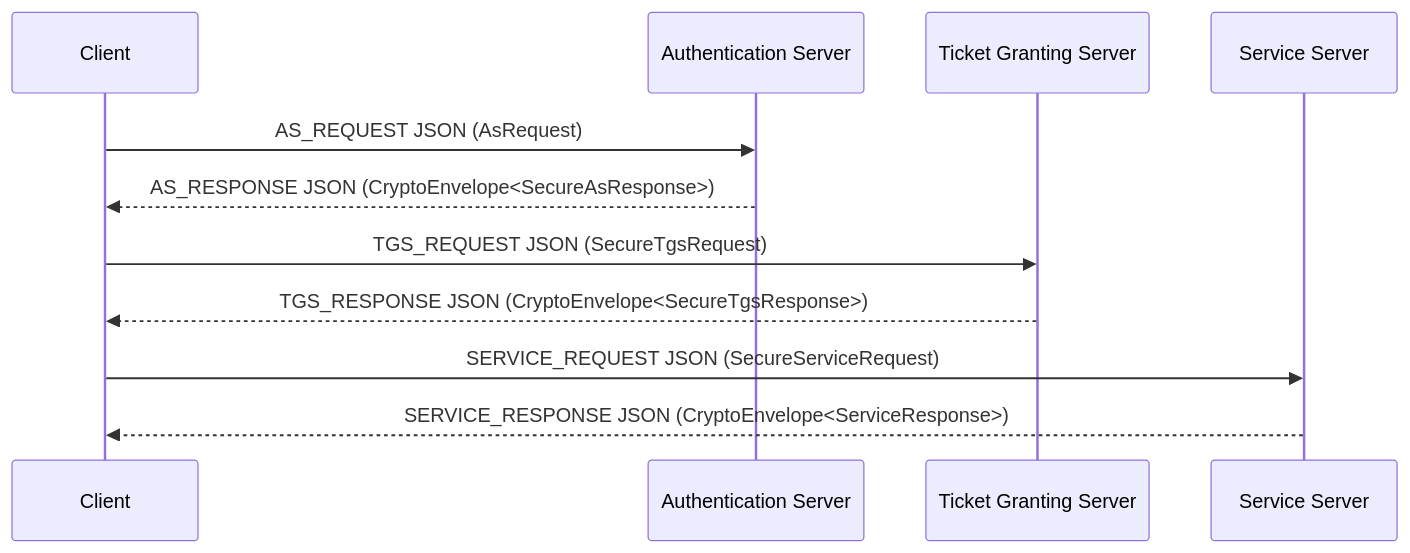
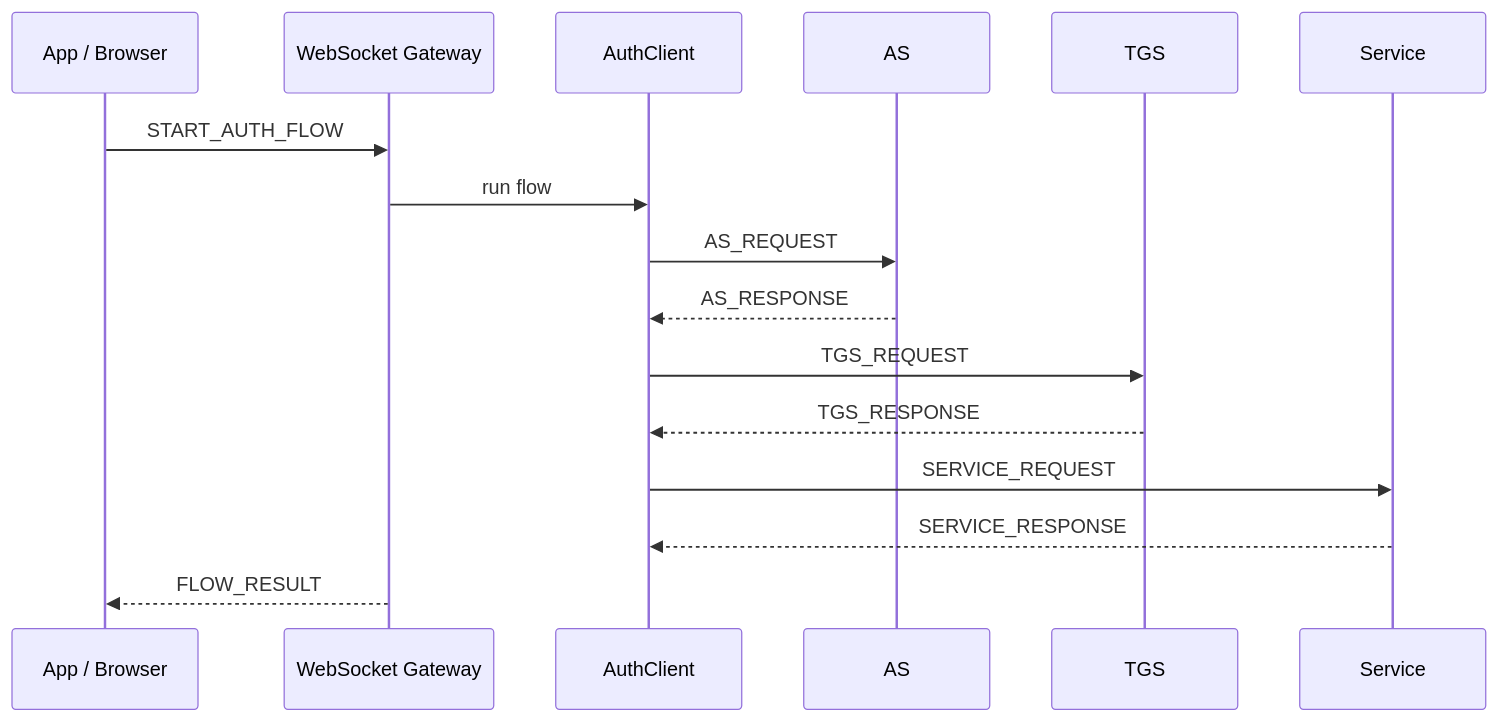
Before and after one commit to LiamSalazar/Kerberos: the diagram in PruebaKeberos/README.md, drawn with Mermaid. The commit also changed other lines of this file and 60 other files, not shown here.

````diff
--- a/PruebaKeberos/README.md
+++ b/PruebaKeberos/README.md
@@ -38,14 +41,19 @@
 ```mermaid
 sequenceDiagram
-    participant C as Client
-    participant AS as Authentication Server
-    participant TGS as Ticket Granting Server
-    participant S as Service Server
+    participant App as App / Browser
+    participant GW as WebSocket Gateway
+    participant C as AuthClient
+    participant AS as AS
+    participant TGS as TGS
+    participant S as Service
 
-    C->>AS: AS_REQUEST JSON (AsRequest)
-    AS-->>C: AS_RESPONSE JSON (CryptoEnvelope<SecureAsResponse>)
-    C->>TGS: TGS_REQUEST JSON (SecureTgsRequest)
-    TGS-->>C: TGS_RESPONSE JSON (CryptoEnvelope<SecureTgsResponse>)
-    C->>S: SERVICE_REQUEST JSON (SecureServiceRequest)
-    S-->>C: SERVICE_RESPONSE JSON (CryptoEnvelope<ServiceResponse>)
+    App->>GW: START_AUTH_FLOW
+    GW->>C: run flow
+    C->>AS: AS_REQUEST
+    AS-->>C: AS_RESPONSE
+    C->>TGS: TGS_REQUEST
+    TGS-->>C: TGS_RESPONSE
+    C->>S: SERVICE_REQUEST
+    S-->>C: SERVICE_RESPONSE
+    GW-->>App: FLOW_RESULT
 ```
````
